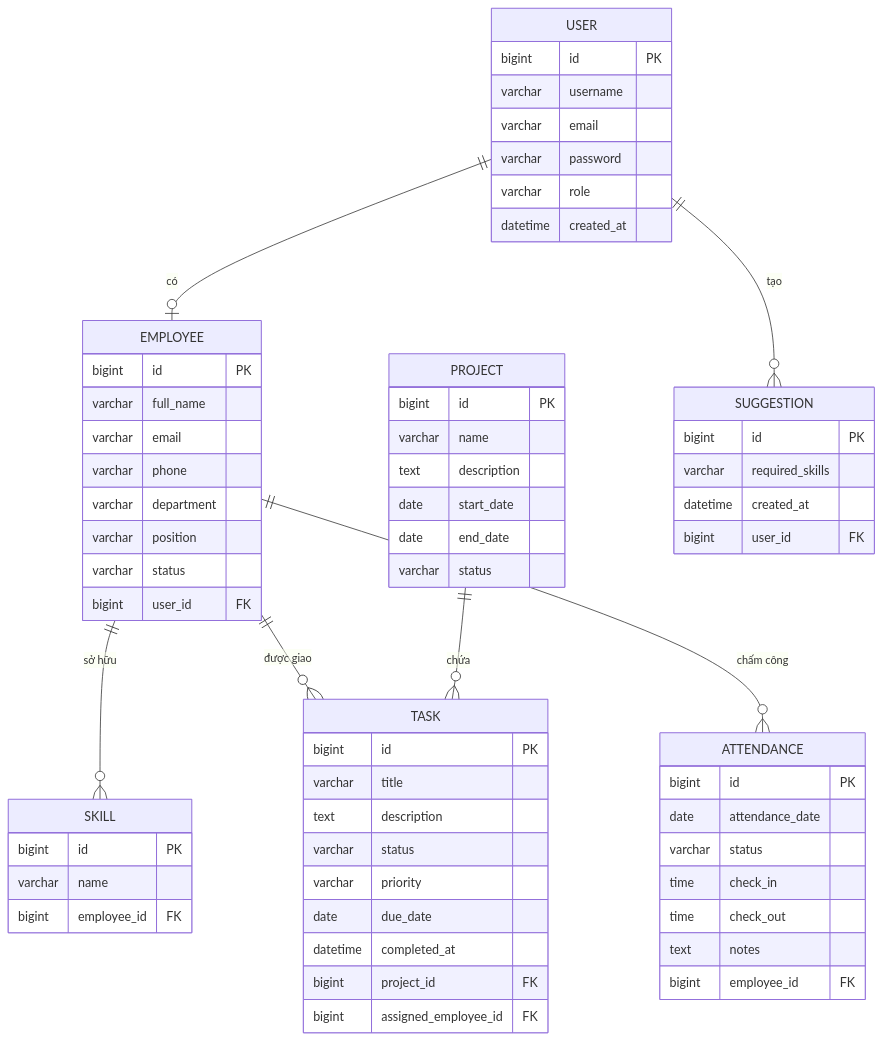
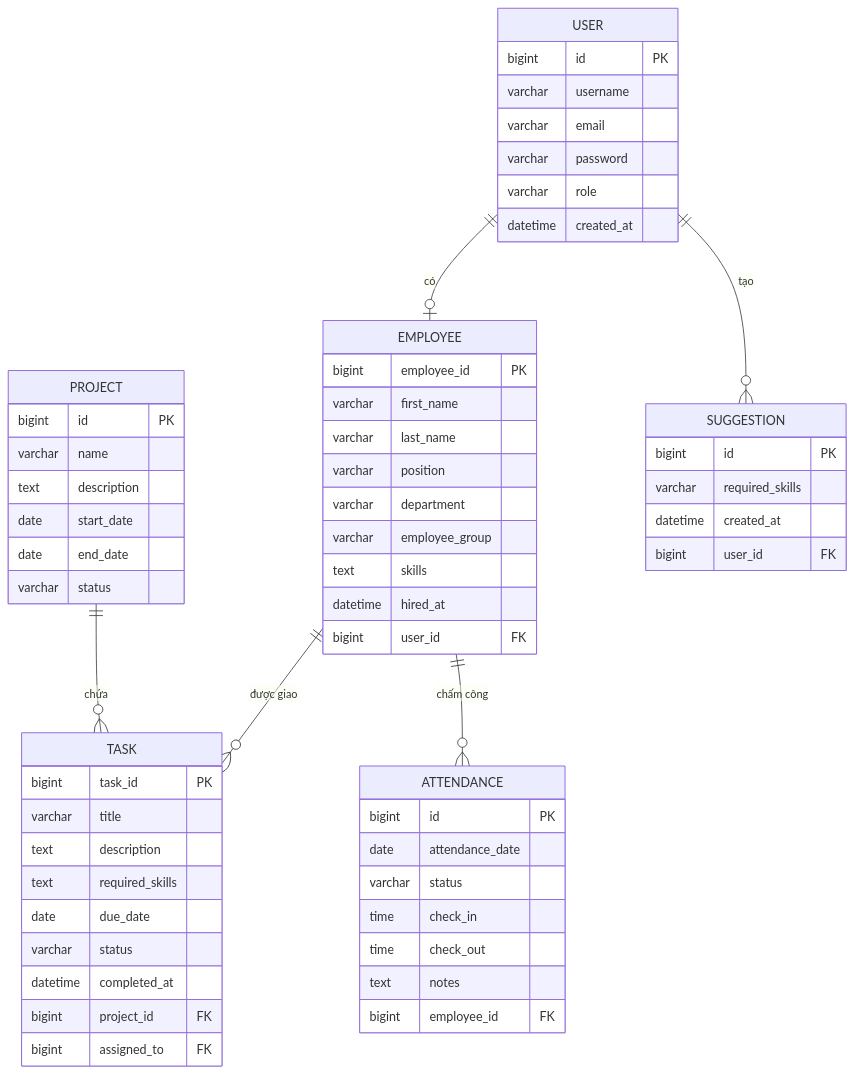
One commit to nhathao428/taskhub changed the second of 6 diagrams in docs/BAO_CAO_DO_AN.md. Above: the diagram before and after it, drawn with Mermaid. The commit also changed other lines of this file and 35 other files, not shown here.

````diff
--- a/docs/BAO_CAO_DO_AN.md
+++ b/docs/BAO_CAO_DO_AN.md
@@ -420,73 +413,67 @@
 ```mermaid
 erDiagram
     USER {
         bigint id PK
         varchar username
         varchar email
         varchar password
         varchar role
         datetime created_at
     }
 
     EMPLOYEE {
-        bigint id PK
-        varchar full_name
-        varchar email
-        varchar phone
+        bigint employee_id PK
+        varchar first_name
+        varchar last_name
+        varchar position
         varchar department
-        varchar position
-        varchar status
+        varchar employee_group
+        text skills
+        datetime hired_at
         bigint user_id FK
-    }
-
-    SKILL {
-        bigint id PK
-        varchar name
-        bigint employee_id FK
     }
 
     PROJECT {
         bigint id PK
         varchar name
         text description
         date start_date
         date end_date
         varchar status
     }
 
     TASK {
-        bigint id PK
+        bigint task_id PK
         varchar title
         text description
+        text required_skills
+        date due_date
         varchar status
-        varchar priority
-        date due_date
         datetime completed_at
         bigint project_id FK
-        bigint assigned_employee_id FK
+        bigint assigned_to FK
     }
 
     ATTENDANCE {
         bigint id PK
         date attendance_date
         varchar status
         time check_in
         time check_out
         text notes
         bigint employee_id FK
     }
 
     SUGGESTION {
         bigint id PK
         varchar required_skills
         datetime created_at
         bigint user_id FK
     }
 
     USER ||--o| EMPLOYEE : "có"
-    EMPLOYEE ||--o{ SKILL : "sở hữu"
     EMPLOYEE ||--o{ TASK : "được giao"
     EMPLOYEE ||--o{ ATTENDANCE : "chấm công"
     PROJECT ||--o{ TASK : "chứa"
     USER ||--o{ SUGGESTION : "tạo"
 ```
````
